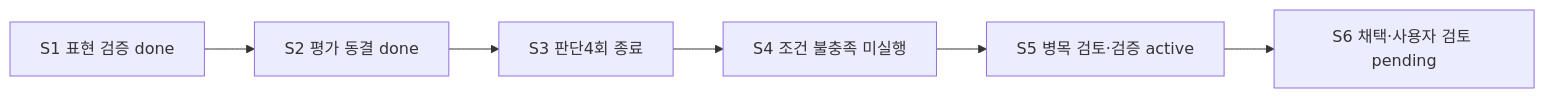
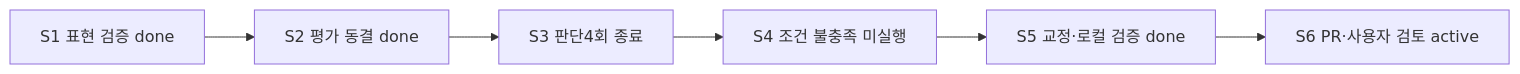
Before and after one commit to skerfolg/poe2-ai-wiki: the diagram in docs/CURRENT-PLAN.md, drawn with Mermaid. The commit also changed other lines of this file and 2 other files, not shown here.

````diff
--- a/docs/CURRENT-PLAN.md
+++ b/docs/CURRENT-PLAN.md
@@ -13,8 +13,8 @@
 ```mermaid
 flowchart LR
  S1[S1 표현 검증 done] --> S2[S2 평가 동결 done]
  S2 --> S3[S3 판단4회 종료]
  S3 --> S4[S4 조건 불충족 미실행]
- S4 --> S5[S5 병목 검토·검증 active]
- S5 --> S6[S6 채택·사용자 검토 pending]
+ S4 --> S5[S5 교정·로컬 검증 done]
+ S5 --> S6[S6 PR·사용자 검토 active]
 ```
````
